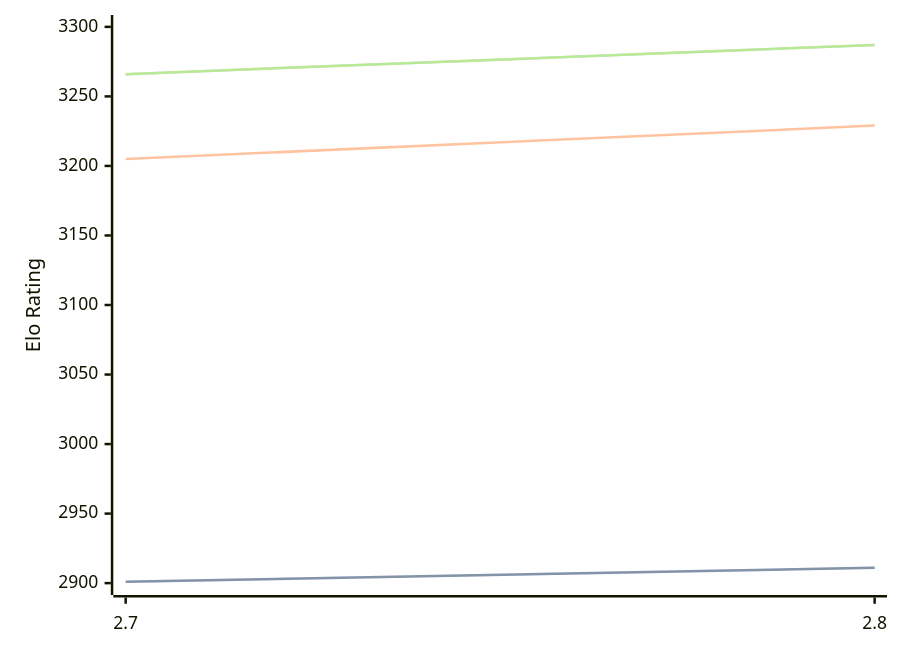
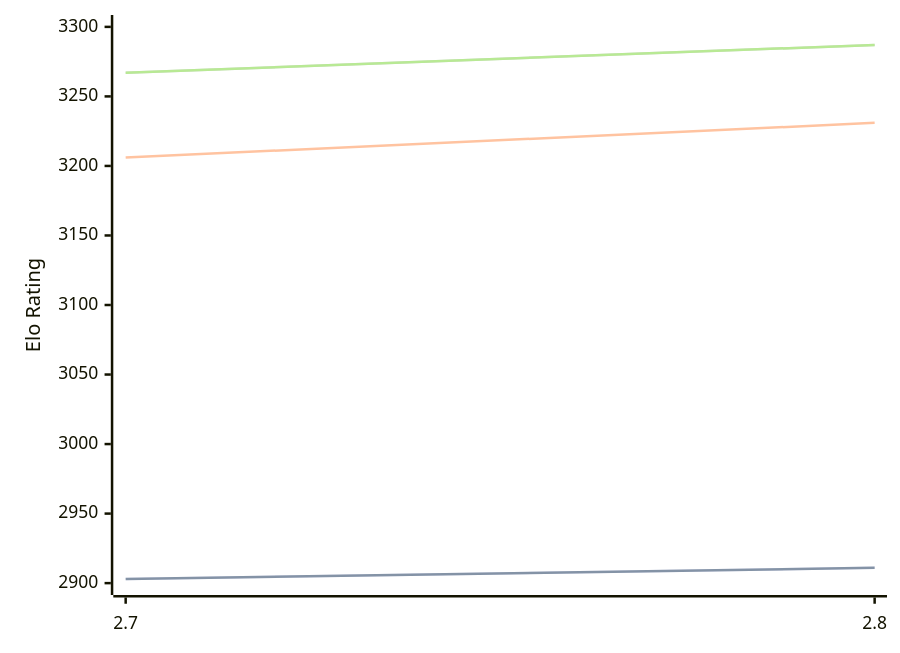
The diagram in engines/Arcanum.md (computer-chess-index/cci), drawn with Mermaid before and after one commit. The commit also changed other lines of this file, not shown here.

Commit message:
Update CCI Ratings (ELO VLTC) - 2026-09-16

````diff
--- a/engines/Arcanum.md
+++ b/engines/Arcanum.md
@@ -32,11 +32,11 @@
 ```mermaid
 %%{init: {"theme":"base","themeVariables":{"seriesColors:['#a3a3a3','#222221','#faa371']}}}%%
 xychart-beta
   x-axis ["2.7", "2.8"]
   y-axis "Elo Rating" 2900 --> 3300
-  line "" [2901, 2911]
-  line "STC (8.0+0.08s)" [2901, 2911]
-  line "LTC (60.0+0.60s)" [3205, 3229]
-  line "" [3266, 3287]
-  line "VLTC (2m24s+1.12s)" [3266, 3287]
+  line "" [2903, 2911]
+  line "STC (8.0+0.08s)" [2903, 2911]
+  line "LTC (60.0+0.60s)" [3206, 3231]
+  line "" [3267, 3287]
+  line "VLTC (2m24s+1.12s)" [3267, 3287]
 ```
````
